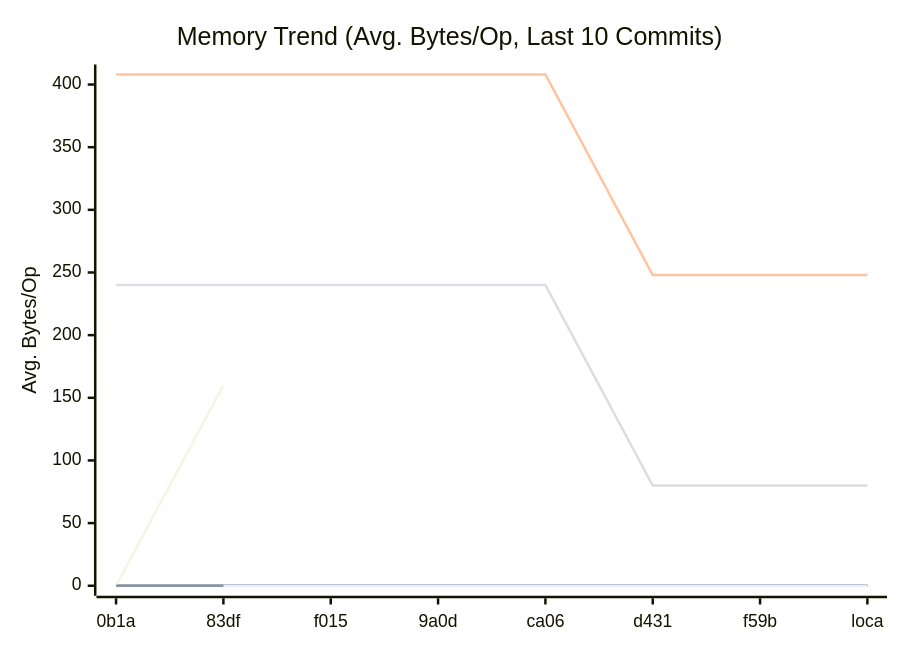
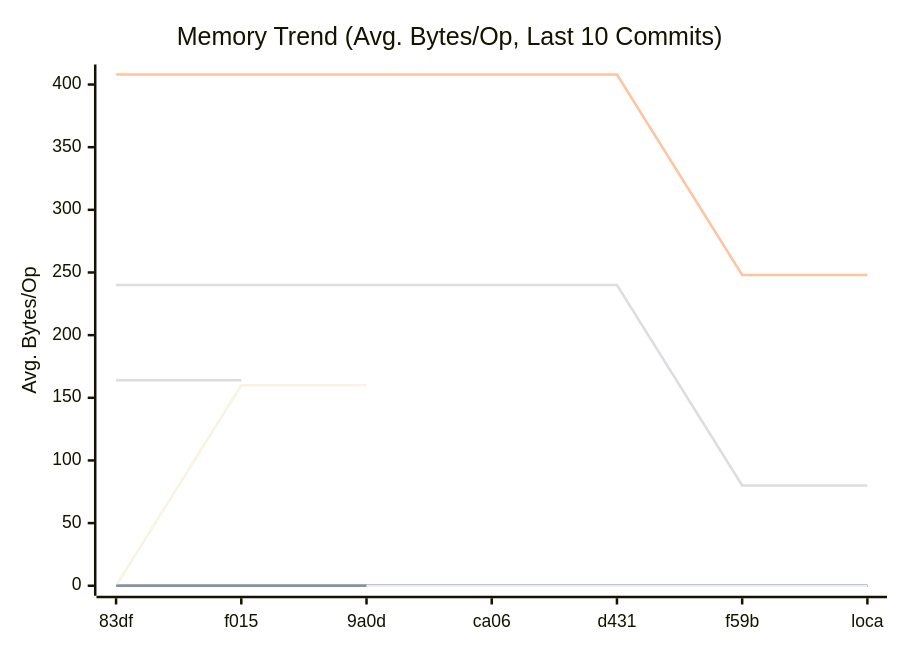
Before and after one commit to alsotoes/momo: the second of 3 diagrams in docs/PERFORMANCE.md, drawn with Mermaid. The commit also changed other lines of this file and 1 other file, not shown here.

````diff
--- a/docs/PERFORMANCE.md
+++ b/docs/PERFORMANCE.md
@@ -100,21 +100,21 @@
 ```mermaid
 xychart-beta
     title "Memory Trend (Avg. Bytes/Op, Last 10 Commits)"
     x-axis "Commit"
     y-axis "Avg. Bytes/Op"
-    x-axis [0b1a,83df,f015,9a0d,ca06,d431,f59b,loca]
+    x-axis [83df,f015,9a0d,ca06,d431,f59b,loca]
     line "CheckMetricsAndSwap" [0,0,0,0,0,0,0,0,0,0]
-    line "CheckMetricsAndSwap" [0,0]
-    line "CrushOptimized" [0]
-    line "CrushOriginal" [164]
+    line "CheckMetricsAndSwap" [0,0,0]
+    line "CrushOptimized" [0,0]
+    line "CrushOriginal" [164,164]
     line "IndexDirectTracking" [0,0,0,0,0,0,0,0,0,0]
-    line "IndexDirectTracking" [0,0]
+    line "IndexDirectTracking" [0,0,0]
     line "IndexSearch" [0,0,0,0,0,0,0,0,0,0]
-    line "IndexSearch" [0,0]
+    line "IndexSearch" [0,0,0]
     line "LoadGlobalConfig" [0,0,0,0,0,0,0,0,0,0]
-    line "LoadGlobalConfig" [0,160]
+    line "LoadGlobalConfig" [0,160,160]
     line "PadString" [0,0,0,0,0,0,0,0,0,0]
-    line "PadString" [0,0]
+    line "PadString" [0,0,0]
     line "ParseReplicationOrder_NoPrealloc" [408,408,408,408,408,248,248,248,248,248]
     line "ParseReplicationOrder_Prealloc" [240,240,240,240,240,80,80,80,80,80]
 ```
````
